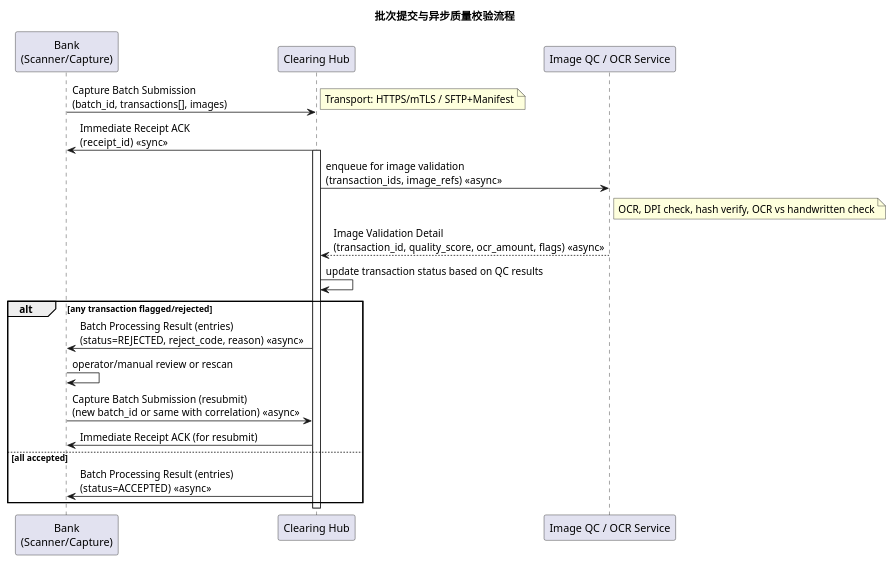
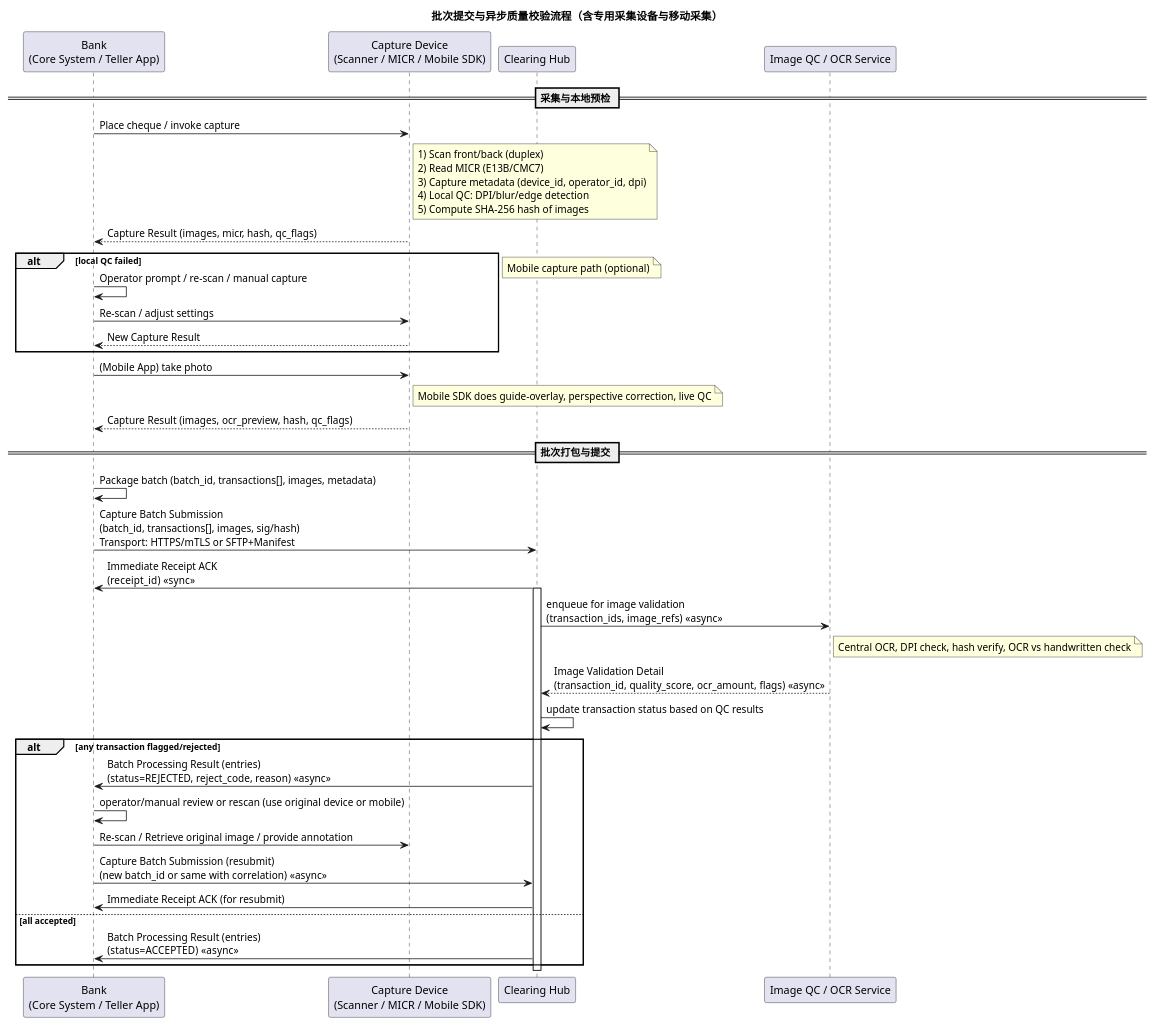
Before and after one commit to achaocai/HT-CITS: the diagram in docs/flow/1_batch_processing_async.puml, drawn with PlantUML.

Commit message:
Enhance batch processing diagram: include capture device and mobile capture path

```diff
--- a/docs/flow/1_batch_processing_async.puml
+++ b/docs/flow/1_batch_processing_async.puml
@@ -1,30 +1,49 @@
 @startuml
-title 批次提交与异步质量校验流程
+title 批次提交与异步质量校验流程（含专用采集设备与移动采集）
 
-participant Bank as "Bank\n(Scanner/Capture)"
+participant Bank as "Bank\n(Core System / Teller App)"
+participant Device as "Capture Device\n(Scanner / MICR / Mobile SDK)"
 participant Clearing as "Clearing Hub"
 participant QC as "Image QC / OCR Service"
 
-Bank -> Clearing : Capture Batch Submission\n(batch_id, transactions[], images)
-note right: Transport: HTTPS/mTLS / SFTP+Manifest
+== 采集与本地预检 ==
+Bank -> Device : Place cheque / invoke capture
+note right of Device: 1) Scan front/back (duplex)\n2) Read MICR (E13B/CMC7)\n3) Capture metadata (device_id, operator_id, dpi)\n4) Local QC: DPI/blur/edge detection\n5) Compute SHA-256 hash of images
+Device --> Bank : Capture Result (images, micr, hash, qc_flags)
+
+alt local QC failed
+  Bank -> Bank : Operator prompt / re-scan / manual capture
+  Bank -> Device : Re-scan / adjust settings
+  Device --> Bank : New Capture Result
+end
+
+note left: Mobile capture path (optional)
+Bank -> Device : (Mobile App) take photo
+note right of Device: Mobile SDK does guide-overlay, perspective correction, live QC
+Device --> Bank : Capture Result (images, ocr_preview, hash, qc_flags)
+
+== 批次打包与提交 ==
+Bank -> Bank : Package batch (batch_id, transactions[], images, metadata)
+Bank -> Clearing : Capture Batch Submission\n(batch_id, transactions[], images, sig/hash)\nTransport: HTTPS/mTLS or SFTP+Manifest
 
 Clearing -> Bank : Immediate Receipt ACK\n(receipt_id)  <<sync>>
 activate Clearing
 
 Clearing -> QC : enqueue for image validation\n(transaction_ids, image_refs)  <<async>>
-note right of QC: OCR, DPI check, hash verify, OCR vs handwritten check
+note right of QC: Central OCR, DPI check, hash verify, OCR vs handwritten check
 
 QC --> Clearing : Image Validation Detail\n(transaction_id, quality_score, ocr_amount, flags)  <<async>>
 Clearing -> Clearing : update transaction status based on QC results
 
 alt any transaction flagged/rejected
   Clearing -> Bank : Batch Processing Result (entries)\n(status=REJECTED, reject_code, reason)  <<async>>
-  Bank -> Bank : operator/manual review or rescan
+  Bank -> Bank : operator/manual review or rescan (use original device or mobile)
+  Bank -> Device : Re-scan / Retrieve original image / provide annotation
   Bank -> Clearing : Capture Batch Submission (resubmit)\n(new batch_id or same with correlation)  <<async>>
   Clearing -> Bank : Immediate Receipt ACK (for resubmit)
 else all accepted
   Clearing -> Bank : Batch Processing Result (entries)\n(status=ACCEPTED)  <<async>>
 end
 
 deactivate Clearing
 @enduml
```
